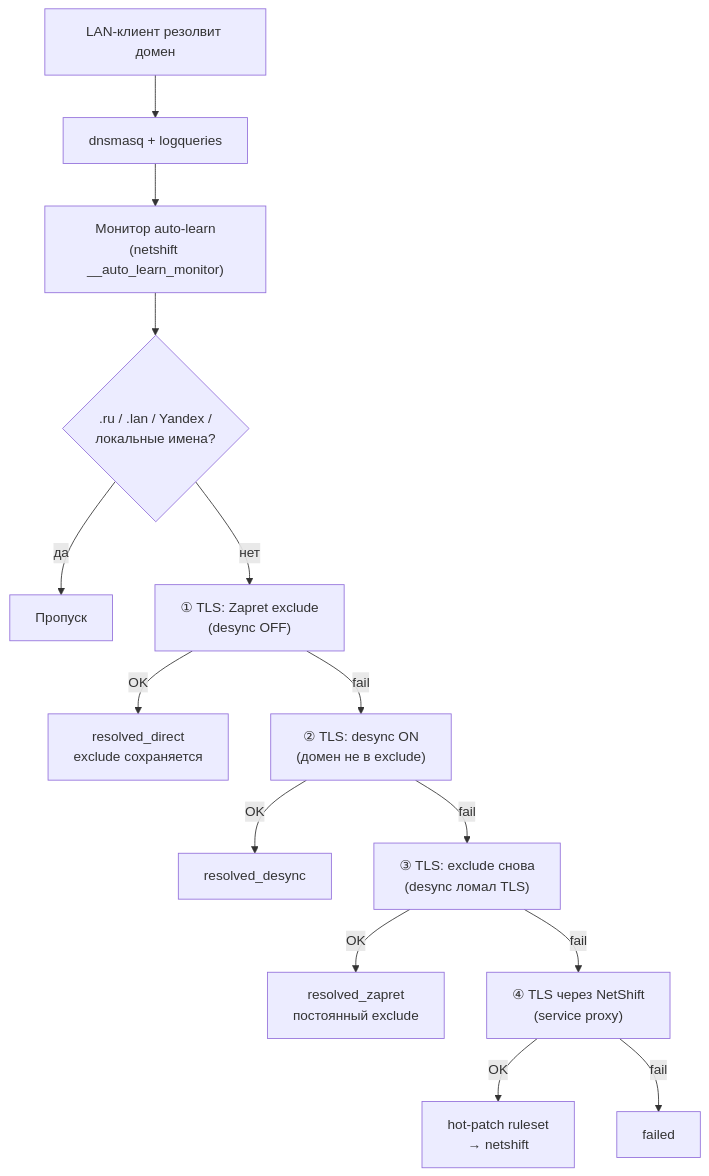
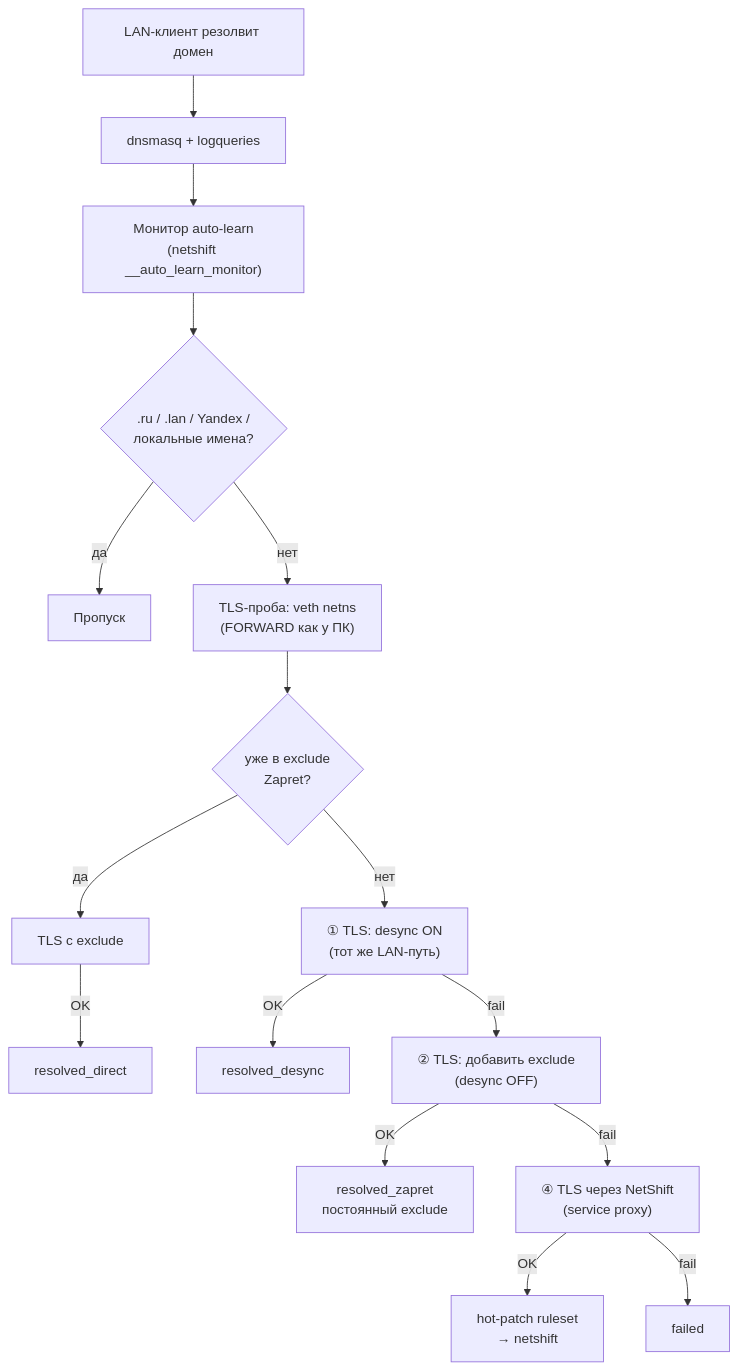
The first of 3 diagrams in README.md (ArmAGEDDon1109/netshift), drawn with Mermaid before and after one commit. The commit also changed other lines of this file and 25 other files, not shown here.

````diff
--- a/README.md
+++ b/README.md
@@ -51,16 +51,18 @@
 ```mermaid
 flowchart TD
     A["LAN-клиент резолвит домен"] --> B["dnsmasq + logqueries"]
     B --> C["Монитор auto-learn\n(netshift __auto_learn_monitor)"]
     C --> D{".ru / .lan / Yandex /\nлокальные имена?"}
     D -->|да| SKIP["Пропуск"]
-    D -->|нет| E["① TLS: Zapret exclude\n(desync OFF)"]
-    E -->|OK| R1["resolved_direct\nexclude сохраняется"]
-    E -->|fail| F["② TLS: desync ON\n(домен не в exclude)"]
+    D -->|нет| LAN["TLS-проба: veth netns\n(FORWARD как у ПК)"]
+    LAN --> EX{уже в exclude\nZapret?}
+    EX -->|да| E["TLS с exclude"]
+    E -->|OK| R1["resolved_direct"]
+    EX -->|нет| F["① TLS: desync ON\n(тот же LAN-путь)"]
     F -->|OK| R2["resolved_desync"]
-    F -->|fail| G["③ TLS: exclude снова\n(desync ломал TLS)"]
+    F -->|fail| G["② TLS: добавить exclude\n(desync OFF)"]
     G -->|OK| R3["resolved_zapret\nпостоянный exclude"]
     G -->|fail| H["④ TLS через NetShift\n(service proxy)"]
     H -->|OK| R4["hot-patch ruleset\n→ netshift"]
     H -->|fail| R5["failed"]
 ```
````
